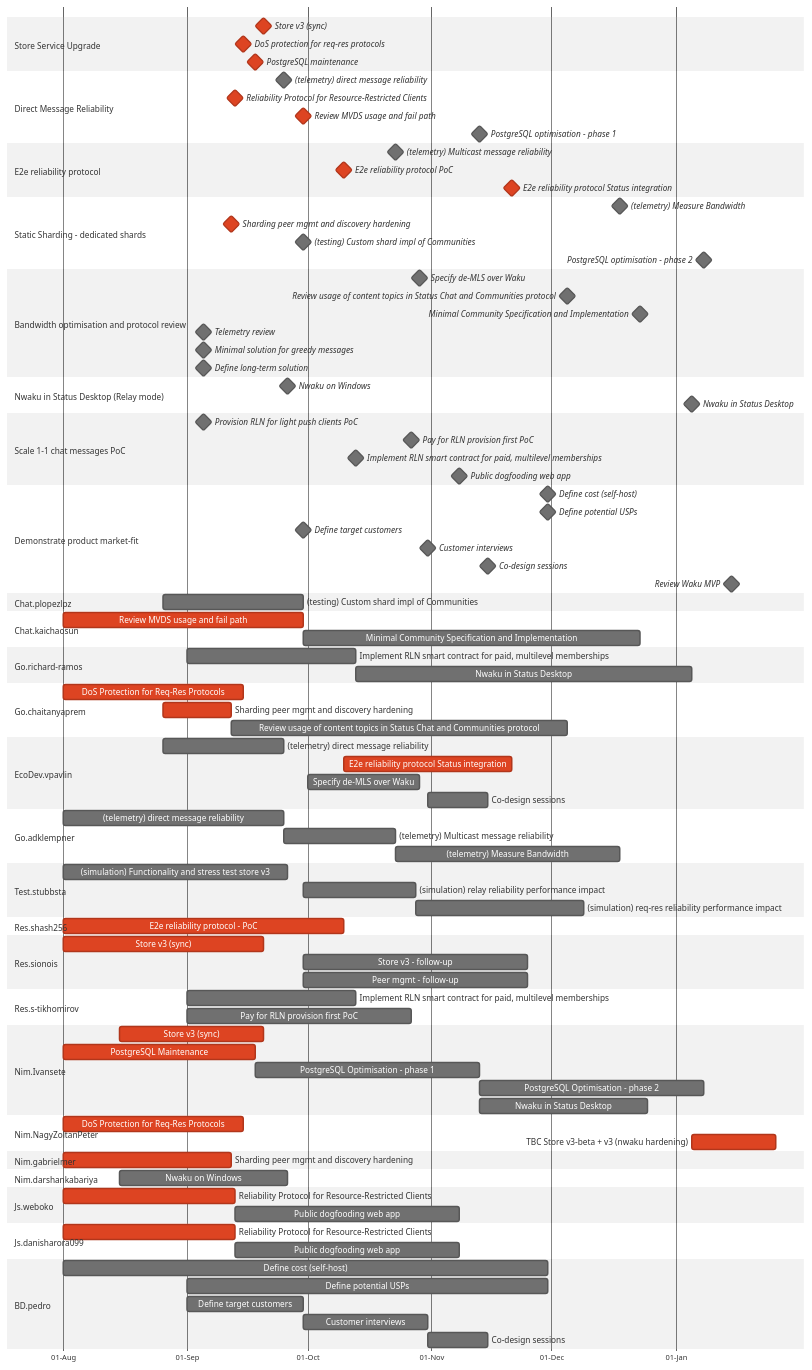
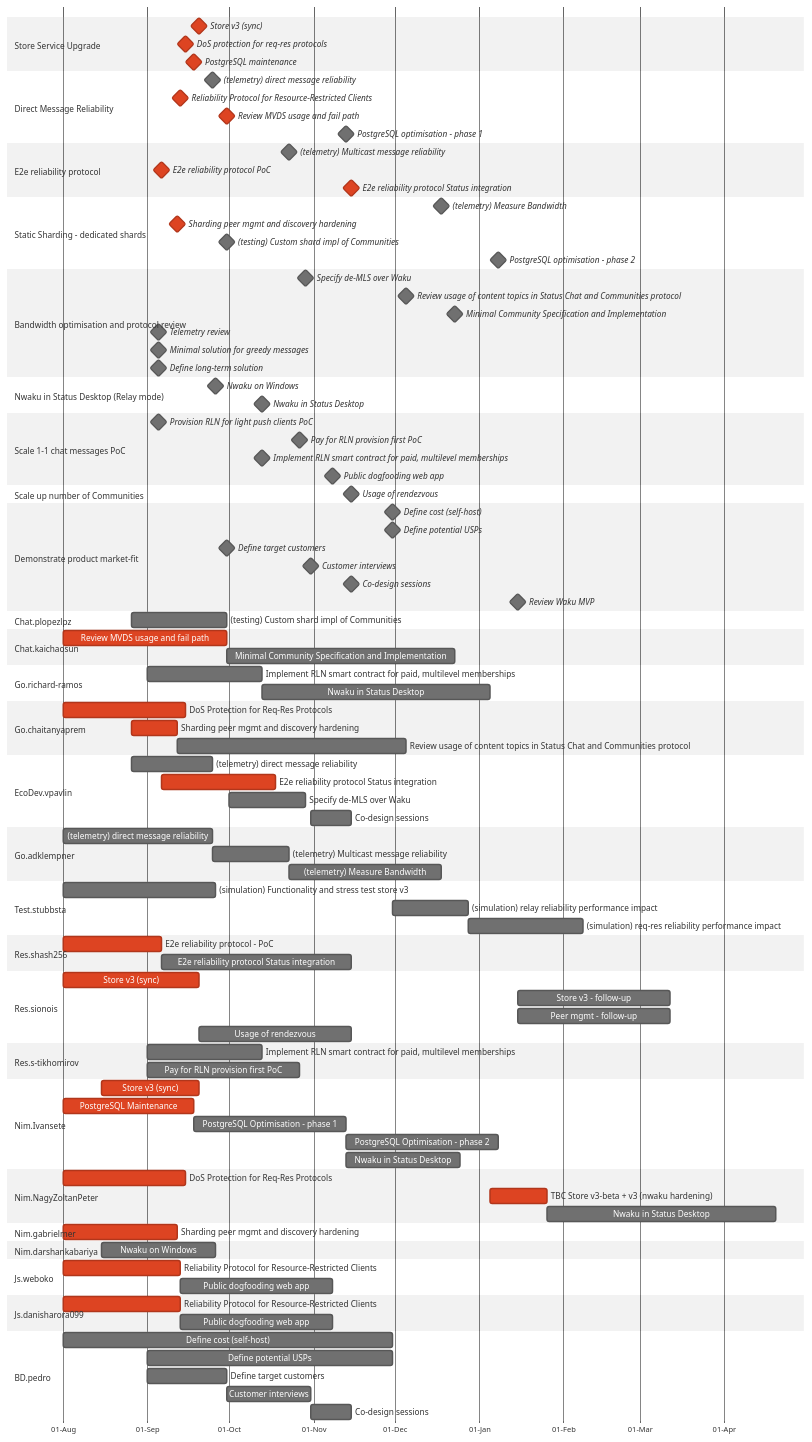
One commit to logos-co/roadmap changed the diagram in content/waku/2024-gantt.md. Above: the diagram before and after it, drawn with Mermaid (neutral theme).

Commit message:
feedback

```diff
--- a/content/waku/2024-gantt.md
+++ b/content/waku/2024-gantt.md
@@ -35,7 +35,7 @@
     section E2e reliability protocol
         (telemetry) Multicast message reliability: milestone, after telem-m-msg-rel, 0
         E2e reliability protocol PoC: milestone, crit, after e2e-rel-r, 0
-        E2e reliability protocol Status integration: milestone, crit, after e2e-rel-g, 0
+        E2e reliability protocol Status integration: milestone, crit, after e2e-rel-status-r e2e-rel-status-g, 0
     section Static Sharding - dedicated shards
         (telemetry) Measure Bandwidth: milestone, after telem-bandwidth, 0
         Sharding peer mgmt and discovery hardening: crit, milestone, after sh-peer-mgmt-n sh-peer-mgmt-g, 0
@@ -51,7 +51,6 @@
         Minimal solution for greedy messages: milestone, after min-sol-com, 0
         Define long-term solution: milestone, after define-com-sol, 0
     section Nwaku in Status Desktop (Relay mode)
-        %% TODO: need to do a pass on deliverables
         Nwaku on Windows: milestone, after nwaku-windows-n, 0
         Nwaku in Status Desktop: milestone, after nwaku-status-desktop, 0
     section Scale 1-1 chat messages PoC
@@ -60,6 +59,8 @@
         Pay for RLN provision first PoC: milestone, after rlnaas-r, 0
         Implement RLN smart contract for paid, multilevel memberships: milestone, after rln-sc-r rln-sc-d, 0
         Public dogfooding web app: milestone, after pub-dogfood-web-app-1 pub-dogfood-web-app-2, 0
+    section Scale up number of Communities
+        Usage of rendezvous: milestone, after rendezvous-r, 0
     section Demonstrate product market-fit
         Define cost (self-host): milestone, after define-cost, 0
         Define potential USPs: milestone, after define-usps, 0
@@ -78,7 +79,7 @@
     section Go.richard-ramos
         Implement RLN smart contract for paid, multilevel memberships: rln-sc-d, 2024-09-01, 6w
         %% TODO: Estimate
-        Nwaku in Status Desktop: nwaku-status-desktop, after rln-sc-d, 12w
+        Nwaku in Status Desktop: nwaku-status-desktop-g, after rln-sc-d, 12w
     section Go.chaitanyaprem
         DoS Protection for Req-Res Protocols: crit, dosreqres-g, 2024-08-01, 2024-09-15
         Sharding peer mgmt and discovery hardening: crit, sh-peer-mgmt-g, 2024-08-26, 2024-09-12
@@ -87,7 +88,7 @@
     section EcoDev.vpavlin
         (telemetry) direct message reliability: telem-d-msg-rel-1, 2024-08-26, 2024-09-25
         %% TODO: do bandwidth telemetry?
-        E2e reliability protocol Status integration: crit, e2e-rel-g, after e2e-rel-r, 6w
+        E2e reliability protocol Status integration: crit, e2e-rel-status-g, after e2e-rel-r, 6w
         %% TODO: fit that properly
         Specify de-MLS over Waku: demls-spec, 2024-10-01, 4w
         Co-design sessions: codesign-bd, after cust-int, 2024-11-15
@@ -102,12 +103,14 @@
         (simulation) relay reliability performance impact: sim-relay-rel, after sim-store-cmp sim-req-res, 4w
         (simulation) req-res reliability performance impact: sim-reqres-rel, after sim-relay-rel, 6w
     section Res.shash256
-        E2e reliability protocol - PoC: crit, e2e-rel-r, 2024-08-01, 2024-10-10
+        E2e reliability protocol - PoC: crit, e2e-rel-r, 2024-08-01, 2024-09-06
+        E2e reliability protocol Status integration: e2e-rel-status-r, after e2e-rel-r, 10w 
     section Res.sionois
         %% Only dogfooding remaining
         Store v3 (sync): crit, storev3sync-r, 2024-08-01, 2024-09-20
         Store v3 - follow-up: after storev3-r, 8w
         Peer mgmt - follow-up: after storev3-r, 8w
+        Usage of rendezvous: rendezvous-r, after storev3sync-r, 8w
     section Res.alrevuelta
     section Res.s-tikhomirov
         Implement RLN smart contract for paid, multilevel memberships: rln-sc-d, 2024-09-01, 6w
@@ -125,7 +128,7 @@
         DoS Protection for Req-Res Protocols: crit, dosreqres-n, 2024-08-01, 2024-09-15
         %% TODO review
         TBC Store v3-beta + v3 (nwaku hardening): crit, storev3-n, after storev3-df dosreqresn, 3w
-        %% TODO: schedule more work. nwaku desktop and pgsql are candidates
+        Nwaku in Status Desktop: nwaku-status-desktop-n, after storev3-n, 12w
     section Nim.gabrielmer
         Sharding peer mgmt and discovery hardening: crit, sh-peer-mgmt-n, 2024-08-01, 2024-09-12
     section Nim.darshankabariya
```
